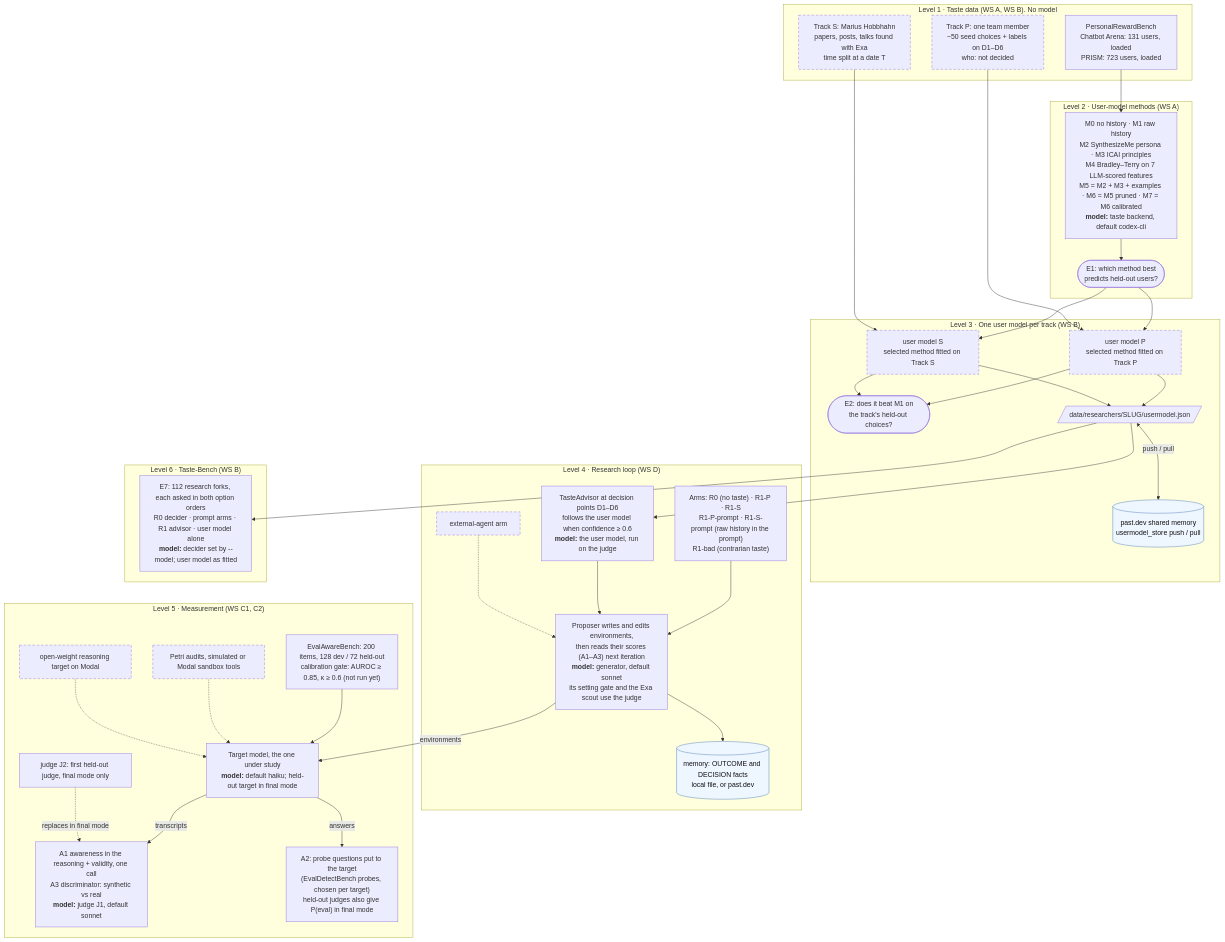
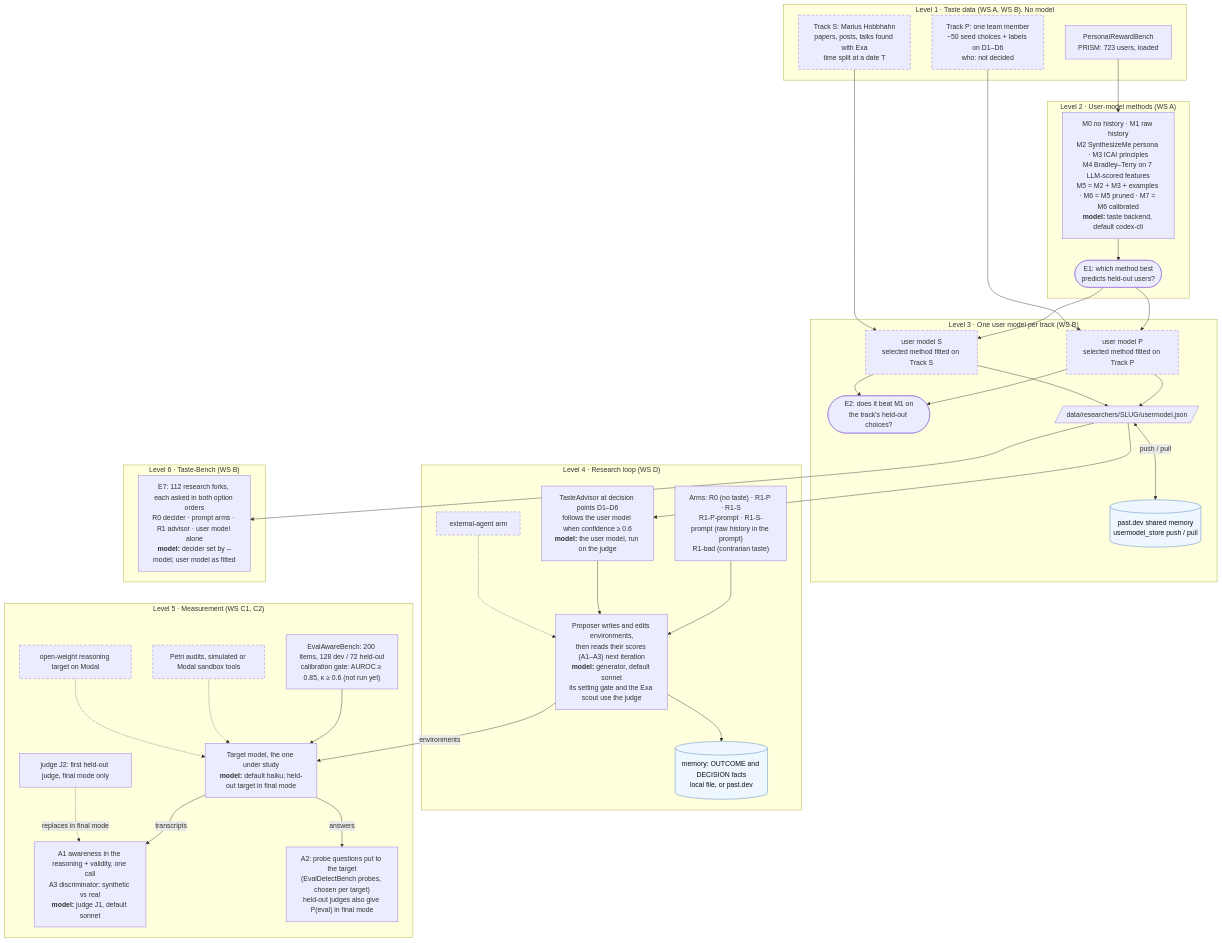
One commit to nathanqiu07/AutoResearch changed the diagram in docs/pipeline.md. Above: the diagram before and after it, drawn with Mermaid. The commit also changed other lines of this file and 11 other files, not shown here.

First line of the commit message:
WS A: drop Chatbot Arena, PRISM is the only preference dataset; document how to get it

````diff
--- a/docs/pipeline.md
+++ b/docs/pipeline.md
@@ -13,76 +13,76 @@
 ```mermaid
 flowchart TD
     classDef planned stroke-dasharray: 6 4
     classDef store fill:#eef6ff,stroke:#4a7ab5,color:#111
 
     subgraph L1["Level 1 · Taste data (WS A, WS B). No model"]
-        PRB["PersonalRewardBench<br/>Chatbot Arena: 131 users, loaded<br/>PRISM: 723 users, loaded"]
+        PRB["PersonalRewardBench<br/>PRISM: 723 users, loaded"]
         TP["Track P: one team member<br/>~50 seed choices + labels on D1–D6<br/>who: not decided"]:::planned
         TS["Track S: Marius Hobbhahn<br/>papers, posts, talks found with Exa<br/>time split at a date T"]:::planned
     end
 
     subgraph L2["Level 2 · User-model methods (WS A)"]
         M["M0 no history · M1 raw history<br/>M2 SynthesizeMe persona · M3 ICAI principles<br/>M4 Bradley–Terry on 7 LLM-scored features<br/>M5 = M2 + M3 + examples · M6 = M5 pruned · M7 = M6 calibrated<br/><b>model:</b> taste backend, default codex-cli"]
         SEL(["E1: which method best<br/>predicts held-out users?"])
     end
 
     subgraph L3["Level 3 · One user model per track (WS B)"]
         UMP["user model P<br/>selected method fitted on Track P"]:::planned
         UMS["user model S<br/>selected method fitted on Track S"]:::planned
         E2(["E2: does it beat M1 on<br/>the track's held-out choices?"])
         UJ[/"data/researchers/SLUG/usermodel.json"/]
         PD[("past.dev shared memory<br/>usermodel_store push / pull")]:::store
     end
 
     subgraph L4["Level 4 · Research loop (WS D)"]
         ARMS["Arms: R0 (no taste) · R1-P · R1-S<br/>R1-P-prompt · R1-S-prompt (raw history in the prompt)<br/>R1-bad (contrarian taste)"]
         EXT["external-agent arm"]:::planned
         ADV["TasteAdvisor at decision points D1–D6<br/>follows the user model when confidence ≥ 0.6<br/><b>model:</b> the user model, run on the judge"]
         PROP["Proposer writes and edits environments,<br/>then reads their scores (A1–A3) next iteration<br/><b>model:</b> generator, default sonnet<br/>its setting gate and the Exa scout use the judge"]
         MEM[("memory: OUTCOME and DECISION facts<br/>local file, or past.dev")]:::store
     end
 
     subgraph L5["Level 5 · Measurement (WS C1, C2)"]
         BENCH["EvalAwareBench: 200 items, 128 dev / 72 held-out<br/>calibration gate: AUROC ≥ 0.85, κ ≥ 0.6 (not run yet)"]
         PETRI["Petri audits, simulated or Modal sandbox tools"]:::planned
         VLLM["open-weight reasoning target on Modal"]:::planned
         TGT["Target model, the one under study<br/><b>model:</b> default haiku; held-out target in final mode"]
         J1["A1 awareness in the reasoning + validity, one call<br/>A3 discriminator: synthetic vs real<br/><b>model:</b> judge J1, default sonnet"]
         A2["A2: probe questions put to the target<br/>(EvalDetectBench probes, chosen per target)<br/>held-out judges also give P(eval) in final mode"]
         J2["judge J2: first held-out judge, final mode only"]
     end
 
     subgraph L6["Level 6 · Taste-Bench (WS B)"]
         TB["E7: 112 research forks, each asked in both option orders<br/>R0 decider · prompt arms · R1 advisor · user model alone<br/><b>model:</b> decider set by --model; user model as fitted"]
     end
 
     %% Levels 1–2: method selection
     PRB --> M --> SEL
 
     %% Level 3: one user model per track
     SEL --> UMP & UMS
     TP --> UMP
     TS --> UMS
     UMP & UMS --> E2
     UMP & UMS --> UJ
     UJ <-->|push / pull| PD
 
     %% Level 4: the user model steers the loop
     UJ --> ADV
     ARMS --> PROP
     ADV --> PROP
     EXT -.-> PROP
     PROP --> MEM
 
     %% Level 5: environments are scored
     PROP -->|environments| TGT
     BENCH --> TGT
     PETRI -.-> TGT
     VLLM -.-> TGT
     TGT -->|transcripts| J1
     TGT -->|answers| A2
     J2 -.->|replaces in final mode| J1
 
     %% Level 6: Taste-Bench
     UJ --> TB
 ```
````
